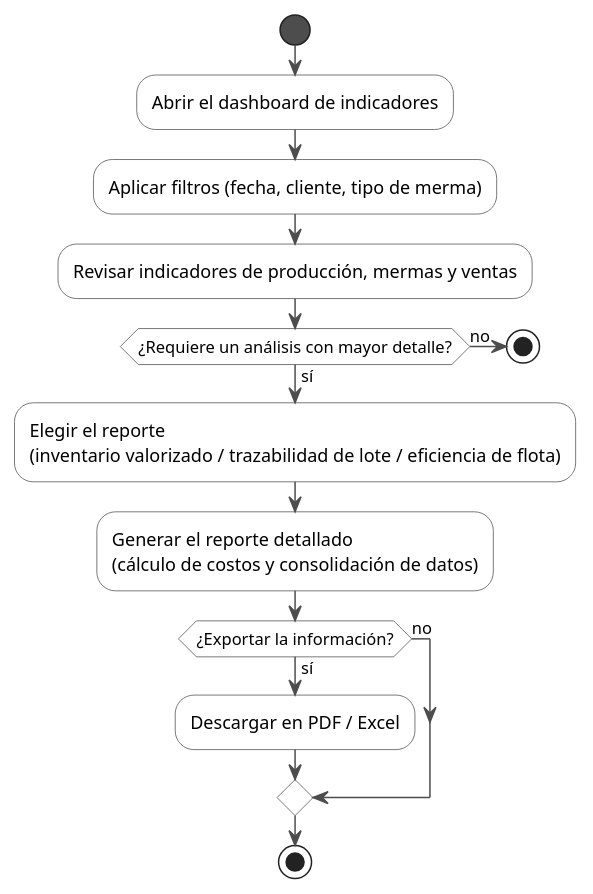
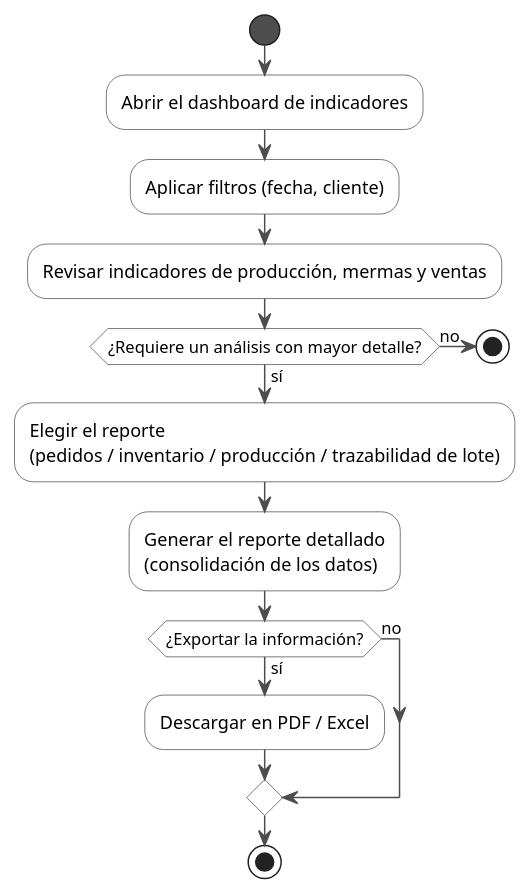
One commit to DecosUniversity/distri_yaneth_backend changed the diagram in diagramas/iteraciones/iteracion5_actividades.puml. Above: the diagram before and after it, drawn with PlantUML. The commit also changed 27 other files, not shown here.

First line of the commit message:
docs: alinea los diagramas de la tesis con el sistema real

```diff
--- a/diagramas/iteraciones/iteracion5_actividades.puml
+++ b/diagramas/iteraciones/iteracion5_actividades.puml
@@ -1,32 +1,32 @@
 @startuml iteracion5_actividades
 ' Iteración 5 - Actividades: flujo de análisis gerencial
 skinparam shadowing false
 skinparam ArrowColor #4D4D4D
 skinparam activity {
   BackgroundColor #FFFFFF
   BorderColor #4D4D4D
   DiamondBackgroundColor #FFFFFF
   DiamondBorderColor #4D4D4D
   StartColor #4D4D4D
   EndColor #4D4D4D
   BarColor #4D4D4D
 }
 
 start
 :Abrir el dashboard de indicadores;
-:Aplicar filtros (fecha, cliente, tipo de merma);
+:Aplicar filtros (fecha, cliente);
 :Revisar indicadores de producción, mermas y ventas;
 
 if (¿Requiere un análisis con mayor detalle?) then (no)
   stop
 else (sí)
-  :Elegir el reporte\n(inventario valorizado / trazabilidad de lote / eficiencia de flota);
-  :Generar el reporte detallado\n(cálculo de costos y consolidación de datos);
+  :Elegir el reporte\n(pedidos / inventario / producción / trazabilidad de lote);
+  :Generar el reporte detallado\n(consolidación de los datos);
   if (¿Exportar la información?) then (sí)
     :Descargar en PDF / Excel;
   else (no)
   endif
   stop
 endif
 
 @enduml
```
